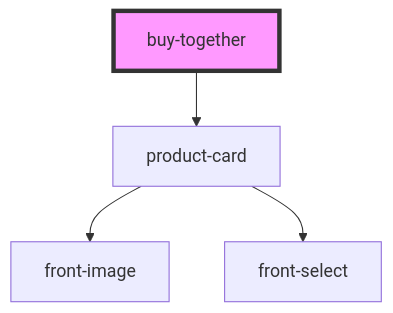
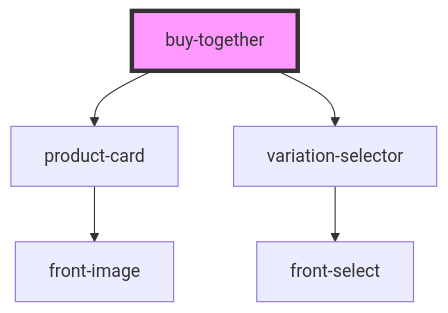
The diagram in src/components/buy-together/readme.md (commerce-suite/storefront-components), drawn with Mermaid before and after one commit. The commit also changed other lines of this file and 15 other files, not shown here.

Commit message:
feat(buy-together): add modo vitrine

````diff
--- a/src/components/buy-together/readme.md
+++ b/src/components/buy-together/readme.md
@@ -45,7 +46,8 @@
 ```mermaid
 graph TD;
   buy-together --> product-card
+  buy-together --> variation-selector
   product-card --> front-image
-  product-card --> front-select
+  variation-selector --> front-select
   style buy-together fill:#f9f,stroke:#333,stroke-width:4px
 ```
````
